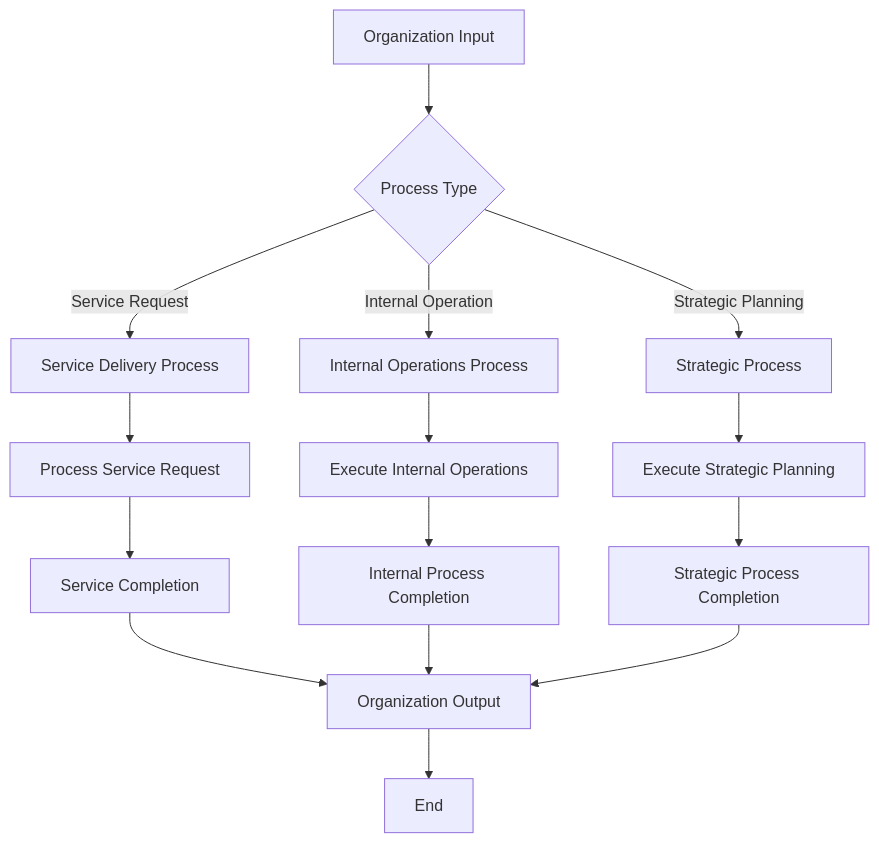
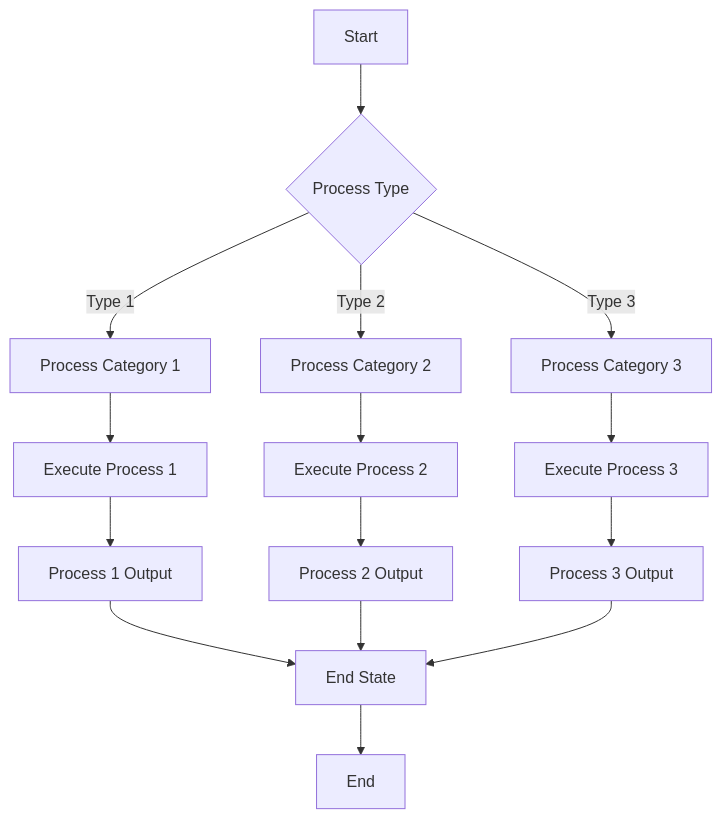
One commit to Sanjel-Energy-Services/eService_WorkItems changed the diagram in orgDocument/orgModel/process.md. Above: the diagram before and after it, drawn with Mermaid. The commit also changed other lines of this file and 8 other files, not shown here.

````diff
--- a/orgDocument/orgModel/process.md
+++ b/orgDocument/orgModel/process.md
@@ -9,21 +9,21 @@
 ```mermaid
 flowchart TD
-    A[Organization Input] --> B{Process Type}
-    B -->|Service Request| C[Service Delivery Process]
-    B -->|Internal Operation| D[Internal Operations Process]
-    B -->|Strategic Planning| E[Strategic Process]
+    A[Start] --> B{Process Type}
+    B -->|Type 1| C[Process Category 1]
+    B -->|Type 2| D[Process Category 2]
+    B -->|Type 3| E[Process Category 3]
     
-    C --> F[Process Service Request]
-    D --> G[Execute Internal Operations]
-    E --> H[Execute Strategic Planning]
+    C --> F[Execute Process 1]
+    D --> G[Execute Process 2]
+    E --> H[Execute Process 3]
     
-    F --> I[Service Completion]
-    G --> J[Internal Process Completion]
-    H --> K[Strategic Process Completion]
+    F --> I[Process 1 Output]
+    G --> J[Process 2 Output]
+    H --> K[Process 3 Output]
     
-    I --> L[Organization Output]
+    I --> L[End State]
     J --> L
     K --> L
     
     L --> M[End]
 ```
````
